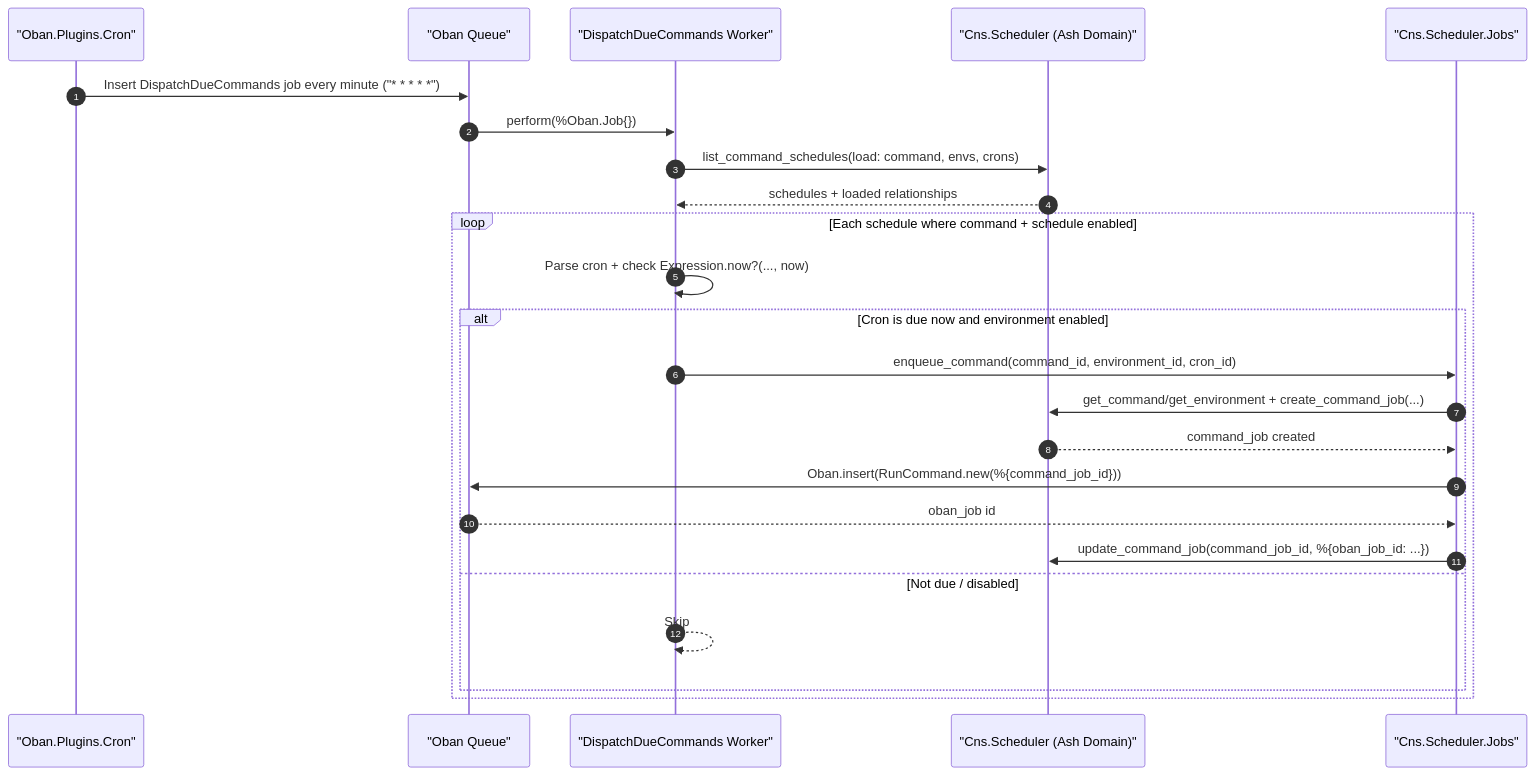
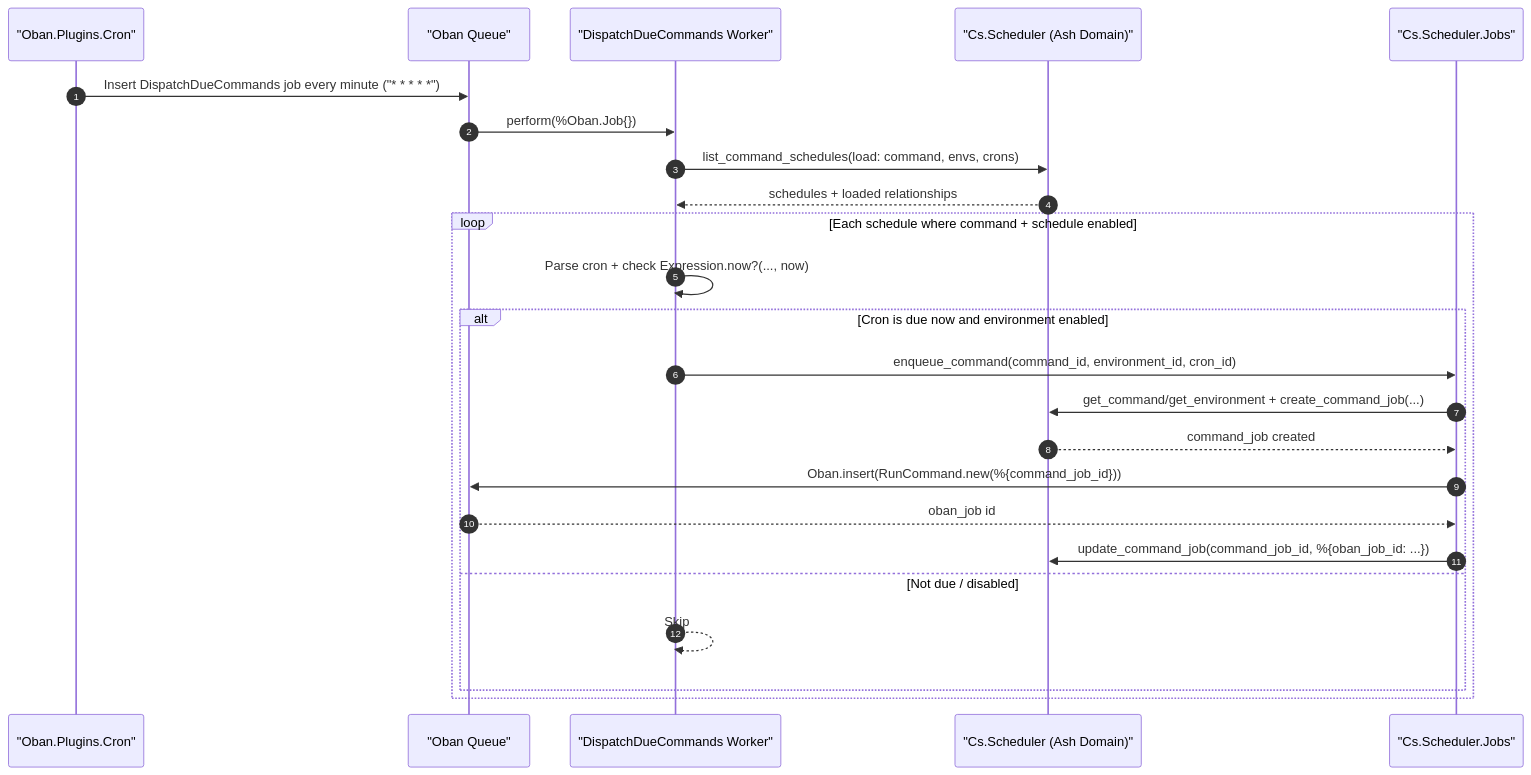
One commit to dev-guy/CommandStudio changed the first of 2 diagrams in docs/ash-oban-sequence.md. Above: the diagram before and after it, drawn with Mermaid. The commit also changed other lines of this file and 273 other files, not shown here.

````diff
--- a/docs/ash-oban-sequence.md
+++ b/docs/ash-oban-sequence.md
@@ -7,28 +7,28 @@
 ```mermaid
 sequenceDiagram
     autonumber
     participant CronPlugin as "Oban.Plugins.Cron"
     participant Oban as "Oban Queue"
     participant Dispatch as "DispatchDueCommands Worker"
-    participant Ash as "Cns.Scheduler (Ash Domain)"
-    participant Jobs as "Cns.Scheduler.Jobs"
+    participant Ash as "Cs.Scheduler (Ash Domain)"
+    participant Jobs as "Cs.Scheduler.Jobs"
 
     CronPlugin->>Oban: Insert DispatchDueCommands job every minute ("* * * * *")
     Oban->>Dispatch: perform(%Oban.Job{})
     Dispatch->>Ash: list_command_schedules(load: command, envs, crons)
     Ash-->>Dispatch: schedules + loaded relationships
 
     loop Each schedule where command + schedule enabled
       Dispatch->>Dispatch: Parse cron + check Expression.now?(..., now)
       alt Cron is due now and environment enabled
         Dispatch->>Jobs: enqueue_command(command_id, environment_id, cron_id)
         Jobs->>Ash: get_command/get_environment + create_command_job(...)
         Ash-->>Jobs: command_job created
         Jobs->>Oban: Oban.insert(RunCommand.new(%{command_job_id}))
         Oban-->>Jobs: oban_job id
         Jobs->>Ash: update_command_job(command_job_id, %{oban_job_id: ...})
       else Not due / disabled
         Dispatch-->>Dispatch: Skip
       end
     end
 ```
````
